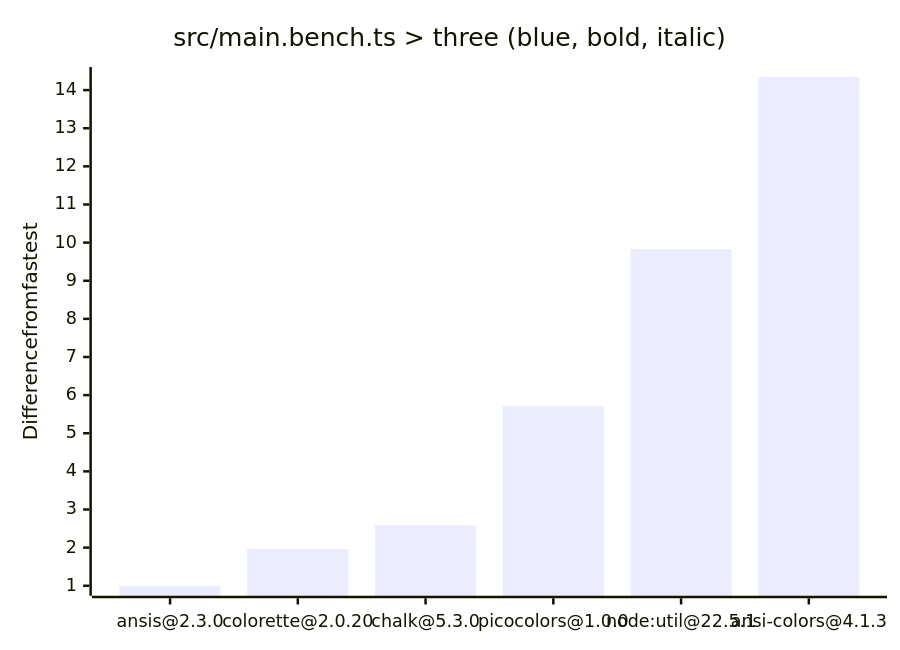
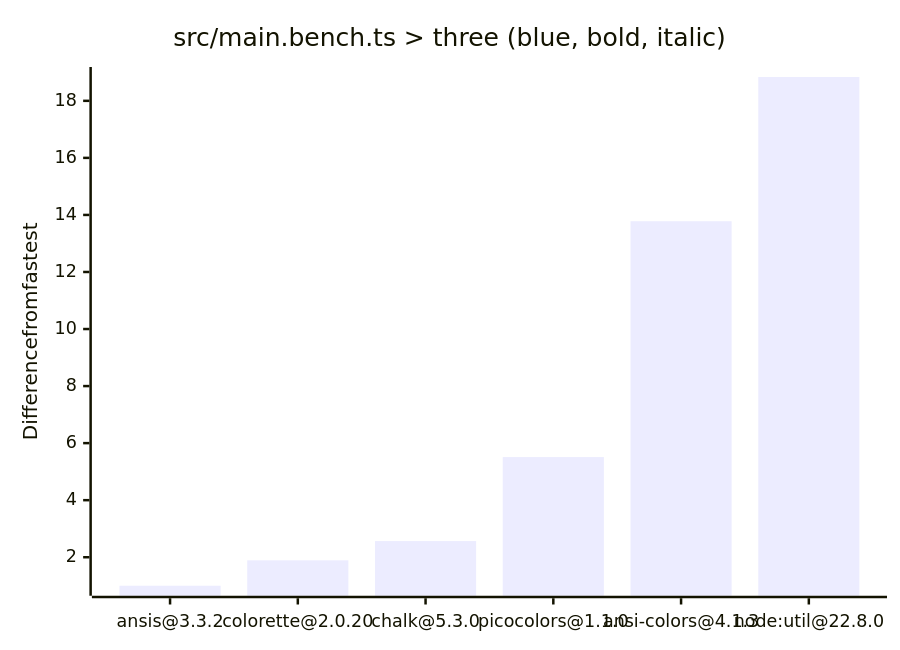
One commit to beeequeue/node-cli-colors-benchmark changed the third of 4 diagrams in README.md. Above: the diagram before and after it, drawn with Mermaid. The commit also changed other lines of this file, not shown here.

Commit message:
Update graphs

````diff
--- a/README.md
+++ b/README.md
@@ -33,7 +33,7 @@
 ```mermaid
 xychart-beta
   title "src/main.bench.ts > three (blue, bold, italic)"
-  x-axis ["ansis@2.3.0", "colorette@2.0.20", "chalk@5.3.0", "picocolors@1.0.0", "node:util@22.5.1", "ansi-colors@4.1.3"]
+  x-axis ["ansis@3.3.2", "colorette@2.0.20", "chalk@5.3.0", "picocolors@1.1.0", "ansi-colors@4.1.3", "node:util@22.8.0"]
   y-axis Difference from fastest
-  bar [1.0000, 1.9636, 2.5863, 5.7097, 9.8296, 14.3438]
+  bar [1.0000, 1.8920, 2.5667, 5.5117, 13.7788, 18.8354]
 ```
````
